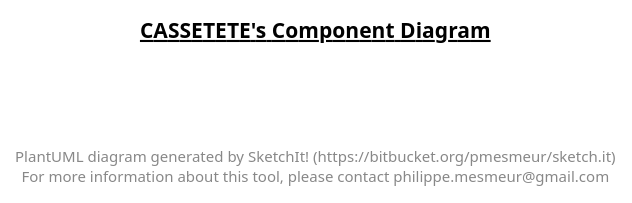
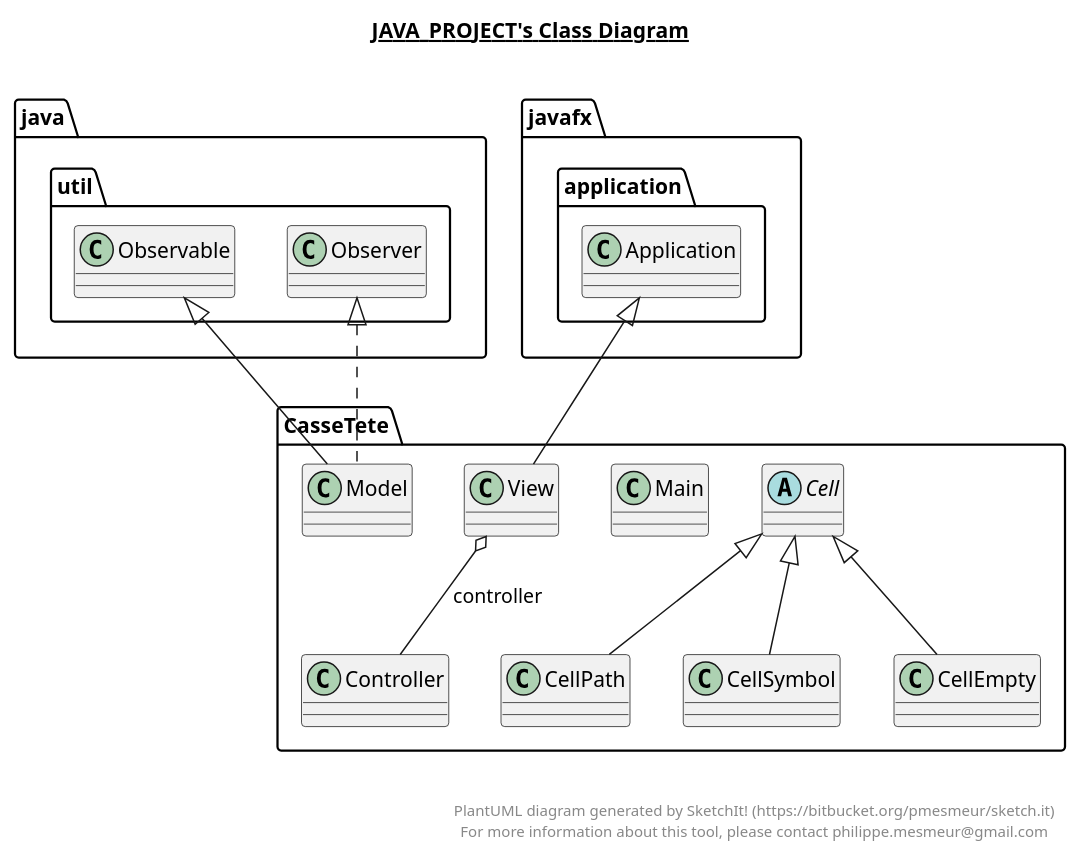
Before and after one commit to Mex21/CasseTete: the diagram in CasseTete.plantuml, drawn with PlantUML. The commit also changed 3 other files, not shown here.

Commit message:
Ajout: Cell class Model function for board generation

```diff
--- a/CasseTete.plantuml
+++ b/CasseTete.plantuml
@@ -1,14 +1,69 @@
 @startuml
 
-title __CASSETETE's Component Diagram__\n
+title __JAVA_PROJECT's Class Diagram__\n
 
+  namespace CasseTete {
+    abstract class CasseTete.Cell {
+    }
+  }
+  
+
+  namespace CasseTete {
+    class CasseTete.CellEmpty {
+    }
+  }
+  
+
+  namespace CasseTete {
+    class CasseTete.CellPath {
+    }
+  }
+  
+
+  namespace CasseTete {
+    class CasseTete.CellSymbol {
+    }
+  }
+  
+
+  namespace CasseTete {
+    class CasseTete.Controller {
+    }
+  }
+  
+
+  namespace CasseTete {
+    class CasseTete.Main {
+    }
+  }
+  
+
+  namespace CasseTete {
+    class CasseTete.Model {
+    }
+  }
+  
+
+  namespace CasseTete {
+    class CasseTete.View {
+    }
+  }
+  
+
+  CasseTete.CellEmpty -up-|> CasseTete.Cell
+  CasseTete.CellPath -up-|> CasseTete.Cell
+  CasseTete.CellSymbol -up-|> CasseTete.Cell
+  CasseTete.Model .up.|> java.util.Observer
+  CasseTete.Model -up-|> java.util.Observable
+  CasseTete.View -up-|> javafx.application.Application
+  CasseTete.View o-- CasseTete.Controller : controller
 
 
 right footer
 
 
 PlantUML diagram generated by SketchIt! (https://bitbucket.org/pmesmeur/sketch.it)
 For more information about this tool, please contact philippe.mesmeur@gmail.com
 endfooter
 
 @enduml
```
